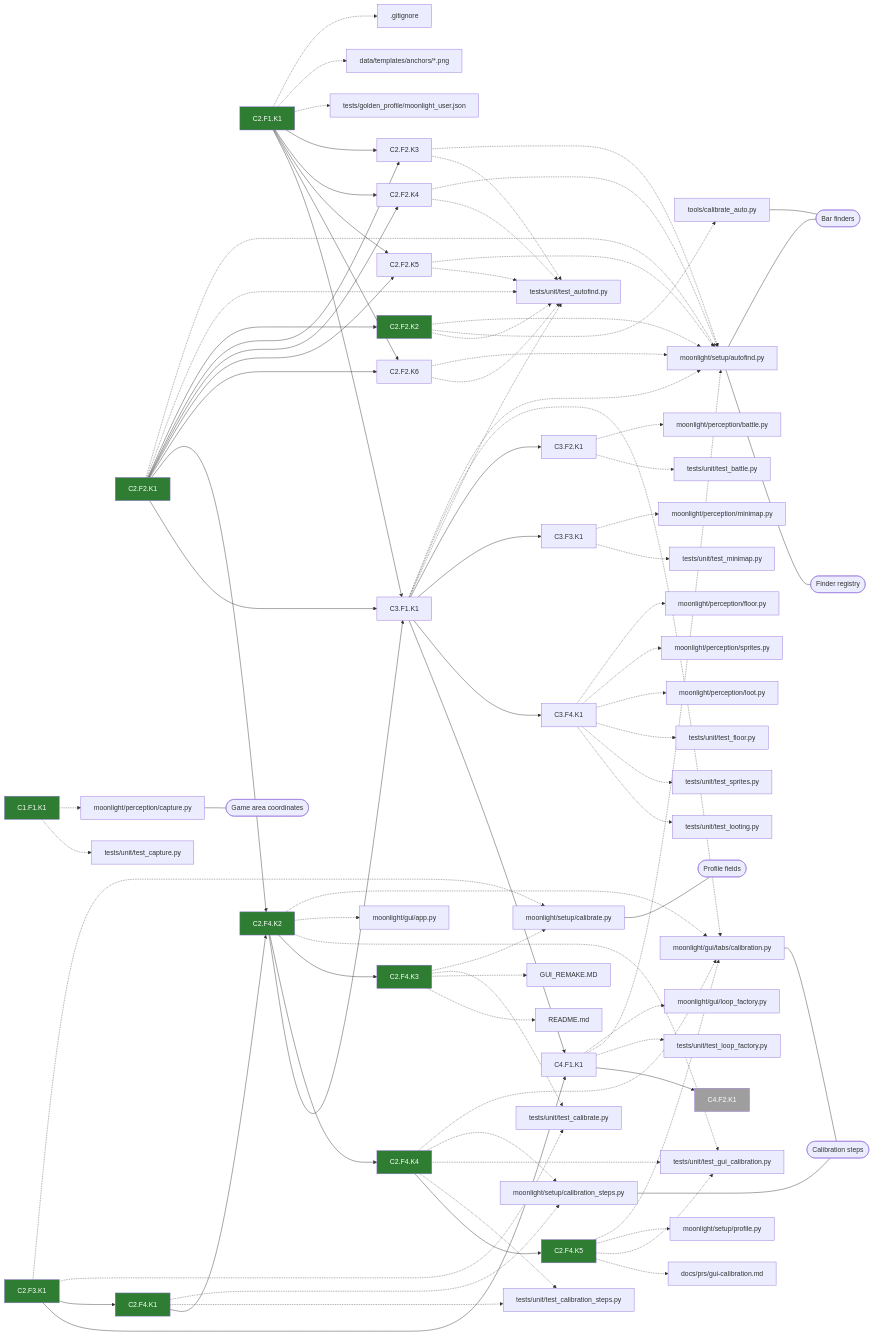
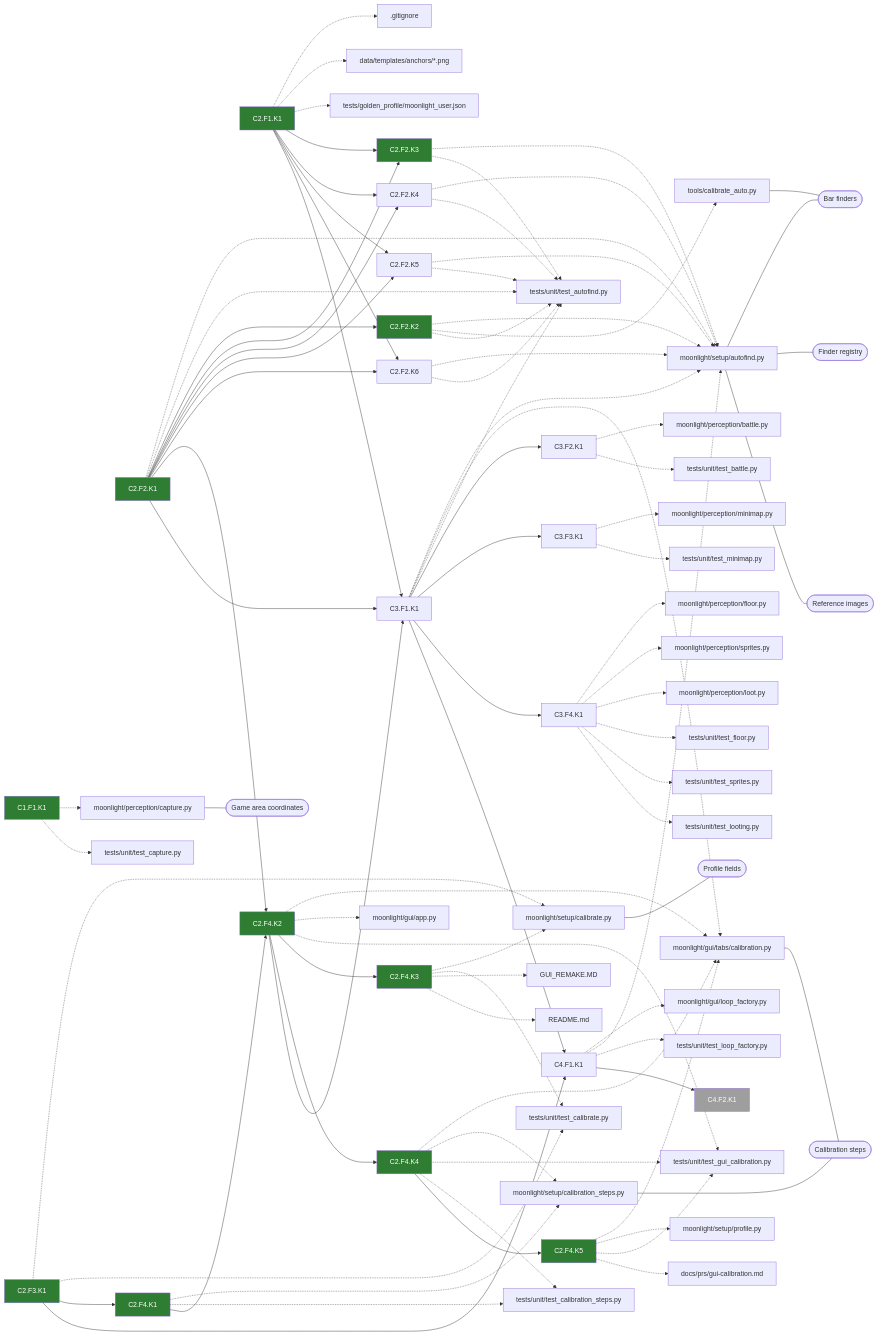
Before and after one commit to Mascotte33/Moonlight: the diagram in docs/prs/gui-calibration.md, drawn with Mermaid. The commit also changed 3 other files, not shown here.

```diff
--- a/docs/prs/gui-calibration.md
+++ b/docs/prs/gui-calibration.md
@@ -75,7 +75,7 @@
   t1["C2.F1.K1"]:::done
   t2["C2.F2.K1"]:::done
   t3["C2.F2.K2"]:::done
-  t4["C2.F2.K3"]
+  t4["C2.F2.K3"]:::done
   t5["C2.F2.K4"]
   t6["C2.F2.K5"]
   t7["C2.F2.K6"]
@@ -127,6 +127,7 @@
   c2(["Finder registry"])
   c3(["Game area coordinates"])
   c4(["Profile fields"])
+  c5(["Reference images"])
   t0 -.-> f9
   t0 -.-> f23
   t1 -.-> f0
@@ -208,6 +209,7 @@
   f9 --- c3
   f14 --- c0
   f14 --- c2
+  f14 --- c5
   f15 --- c4
   f16 --- c1
   f30 --- c0
```
